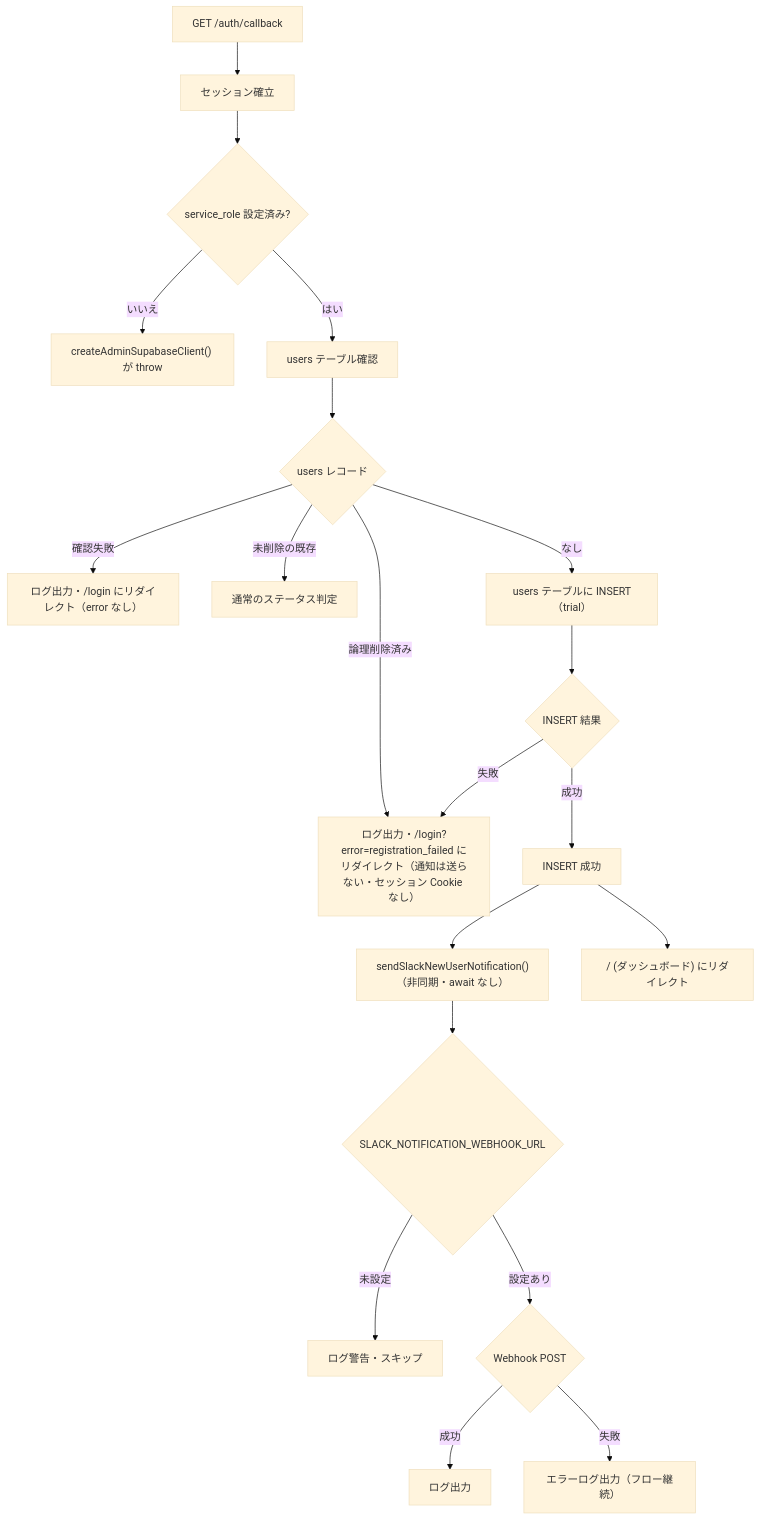
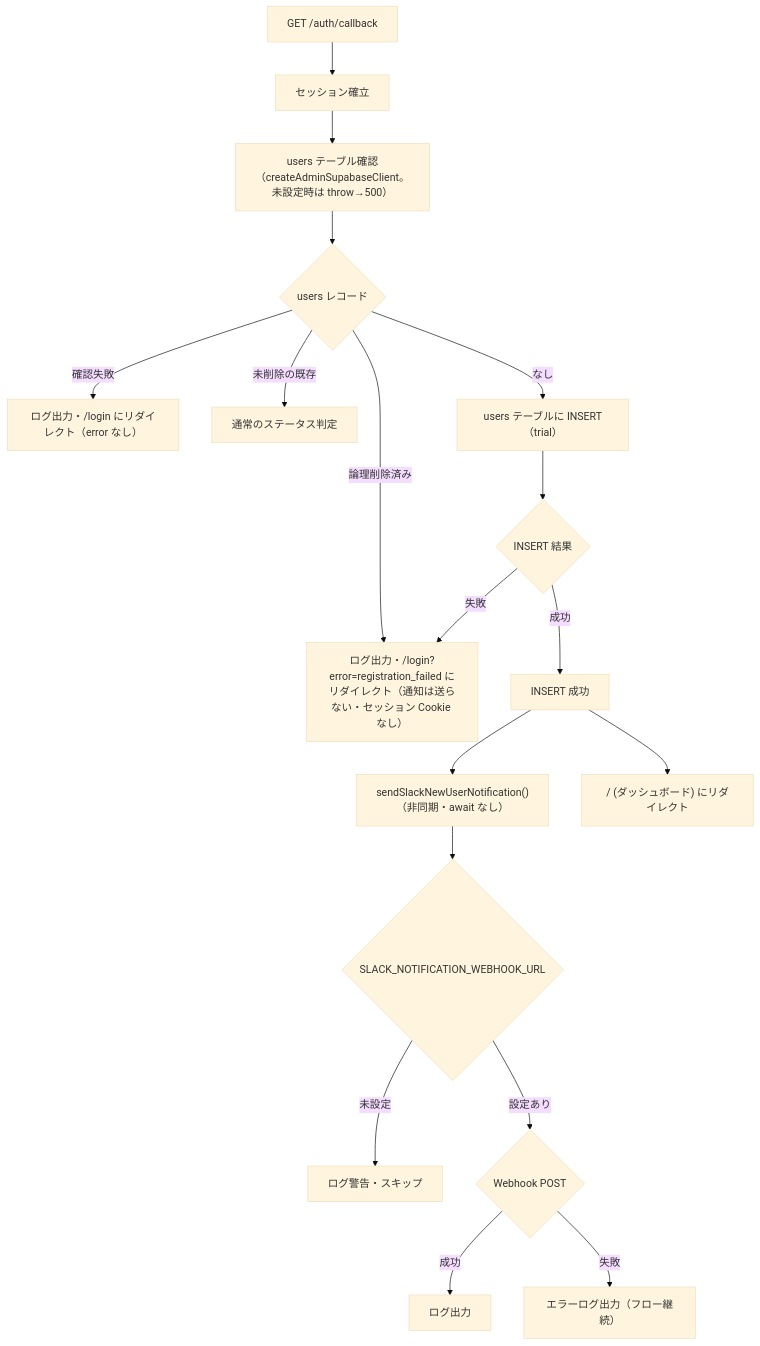
Before and after one commit to Singuralitylabs/sinlab-study: the sixth of 7 diagrams in docs/specification.md, drawn with Mermaid (base theme). The commit also changed other lines of this file and 13 other files, not shown here.

````diff
--- a/docs/specification.md
+++ b/docs/specification.md
@@ -1010,22 +1010,20 @@
 ```mermaid
 flowchart TD
     A["GET /auth/callback"] --> B["セッション確立"]
-    B --> K{service_role 設定済み?}
-    K -->|いいえ| T["createAdminSupabaseClient() が throw"]
-    K -->|はい| B2["users テーブル確認"]
+    B --> B2["users テーブル確認<br/>（createAdminSupabaseClient。未設定時は throw→500）"]
     B2 --> C{users レコード}
     C -->|確認失敗| L["ログ出力・/login にリダイレクト（error なし）"]
     C -->|未削除の既存| Z[通常のステータス判定]
     C -->|論理削除済み| Q["ログ出力・/login?error=registration_failed にリダイレクト（通知は送らない・セッション Cookie なし）"]
     C -->|なし| D["users テーブルに INSERT（trial）"]
     D --> E{INSERT 結果}
     E -->|成功| S[INSERT 成功]
     S --> F["sendSlackNewUserNotification()<br/>（非同期・await なし）"]
     S --> P["/ (ダッシュボード) にリダイレクト"]
     F --> G1{SLACK_NOTIFICATION_WEBHOOK_URL}
     G1 -->|未設定| H1[ログ警告・スキップ]
     G1 -->|設定あり| H2{Webhook POST}
     H2 -->|成功| I1[ログ出力]
     H2 -->|失敗| I2["エラーログ出力（フロー継続）"]
     E -->|失敗| Q
 ```
````
